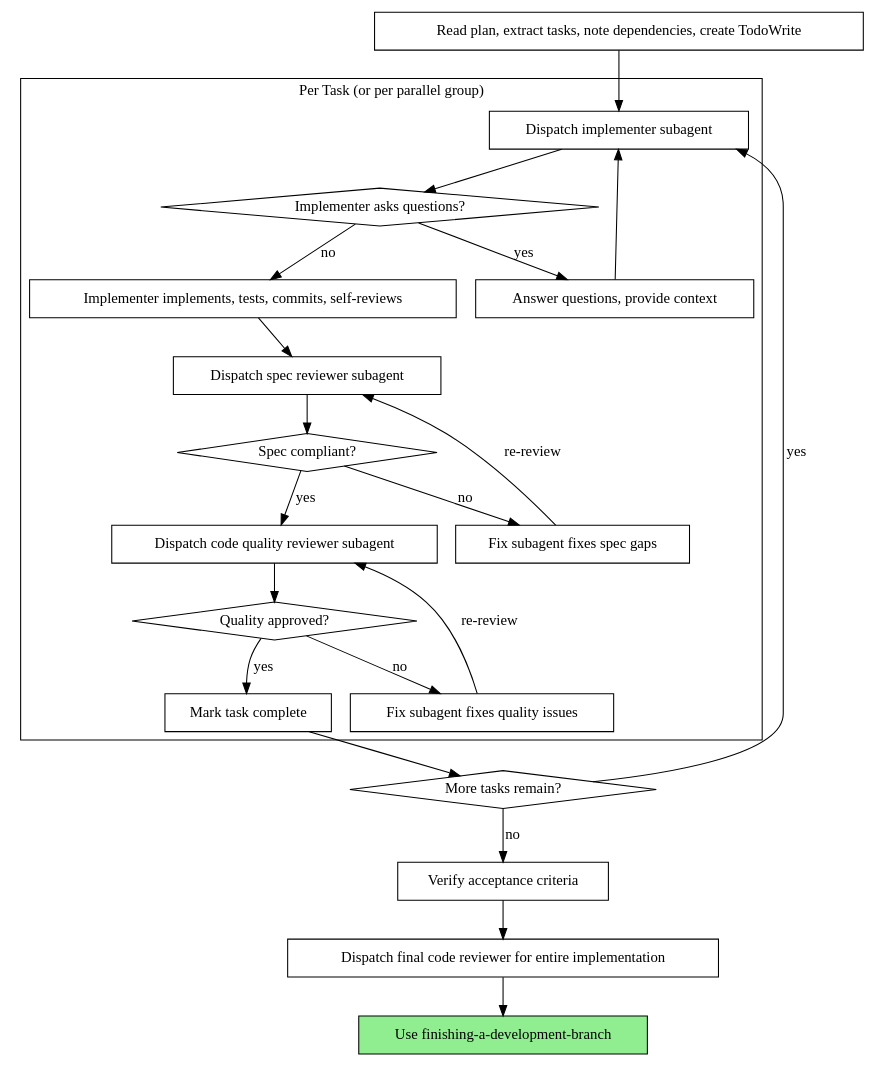
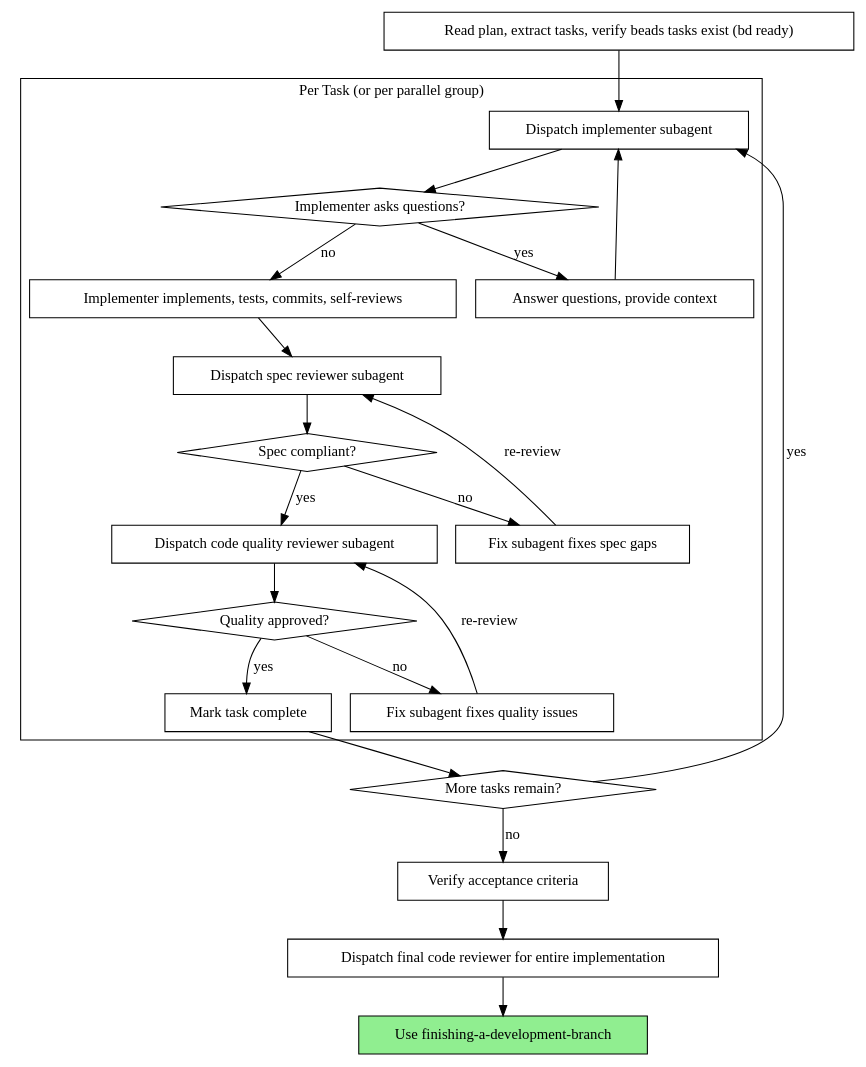
The second of 2 diagrams in plugins/dev-workflow-toolkit/skills/subagent-driven-development/SKILL.md (stvhay/my-claude-plugins), drawn with Graphviz before and after one commit. The commit also changed other lines of this file and 15 other files, not shown here.

````diff
--- a/plugins/dev-workflow-toolkit/skills/subagent-driven-development/SKILL.md
+++ b/plugins/dev-workflow-toolkit/skills/subagent-driven-development/SKILL.md
@@ -37,46 +37,46 @@
 ```dot
 digraph process {
     rankdir=TB;
 
     subgraph cluster_per_task {
         label="Per Task (or per parallel group)";
         "Dispatch implementer subagent" [shape=box];
         "Implementer asks questions?" [shape=diamond];
         "Answer questions, provide context" [shape=box];
         "Implementer implements, tests, commits, self-reviews" [shape=box];
         "Dispatch spec reviewer subagent" [shape=box];
         "Spec compliant?" [shape=diamond];
         "Fix subagent fixes spec gaps" [shape=box];
         "Dispatch code quality reviewer subagent" [shape=box];
         "Quality approved?" [shape=diamond];
         "Fix subagent fixes quality issues" [shape=box];
         "Mark task complete" [shape=box];
     }
 
-    "Read plan, extract tasks, note dependencies, create TodoWrite" [shape=box];
+    "Read plan, extract tasks, verify beads tasks exist (bd ready)" [shape=box];
     "More tasks remain?" [shape=diamond];
     "Verify acceptance criteria" [shape=box];
     "Dispatch final code reviewer for entire implementation" [shape=box];
     "Use finishing-a-development-branch" [shape=box style=filled fillcolor=lightgreen];
 
-    "Read plan, extract tasks, note dependencies, create TodoWrite" -> "Dispatch implementer subagent";
+    "Read plan, extract tasks, verify beads tasks exist (bd ready)" -> "Dispatch implementer subagent";
     "Dispatch implementer subagent" -> "Implementer asks questions?";
     "Implementer asks questions?" -> "Answer questions, provide context" [label="yes"];
     "Answer questions, provide context" -> "Dispatch implementer subagent";
     "Implementer asks questions?" -> "Implementer implements, tests, commits, self-reviews" [label="no"];
     "Implementer implements, tests, commits, self-reviews" -> "Dispatch spec reviewer subagent";
     "Dispatch spec reviewer subagent" -> "Spec compliant?";
     "Spec compliant?" -> "Fix subagent fixes spec gaps" [label="no"];
     "Fix subagent fixes spec gaps" -> "Dispatch spec reviewer subagent" [label="re-review"];
     "Spec compliant?" -> "Dispatch code quality reviewer subagent" [label="yes"];
     "Dispatch code quality reviewer subagent" -> "Quality approved?";
     "Quality approved?" -> "Fix subagent fixes quality issues" [label="no"];
     "Fix subagent fixes quality issues" -> "Dispatch code quality reviewer subagent" [label="re-review"];
     "Quality approved?" -> "Mark task complete" [label="yes"];
     "Mark task complete" -> "More tasks remain?";
     "More tasks remain?" -> "Dispatch implementer subagent" [label="yes"];
     "More tasks remain?" -> "Verify acceptance criteria" [label="no"];
     "Verify acceptance criteria" -> "Dispatch final code reviewer for entire implementation";
     "Dispatch final code reviewer for entire implementation" -> "Use finishing-a-development-branch";
 }
 ```
````
